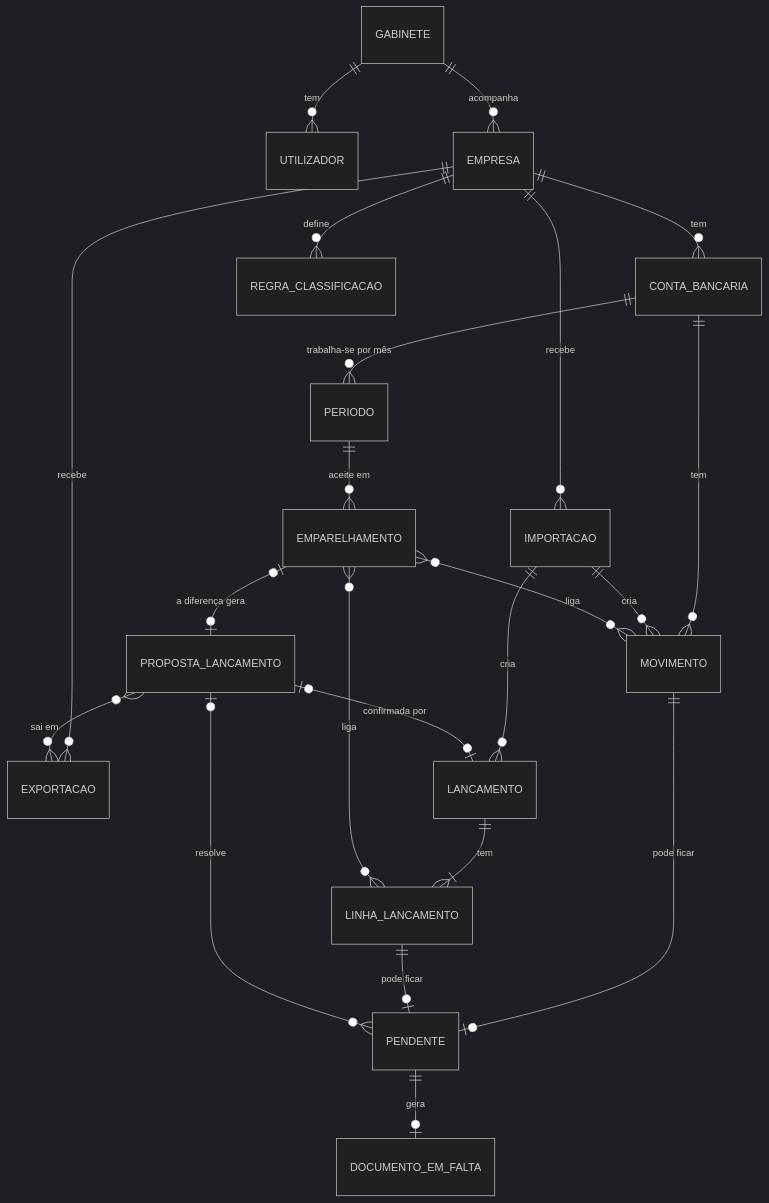
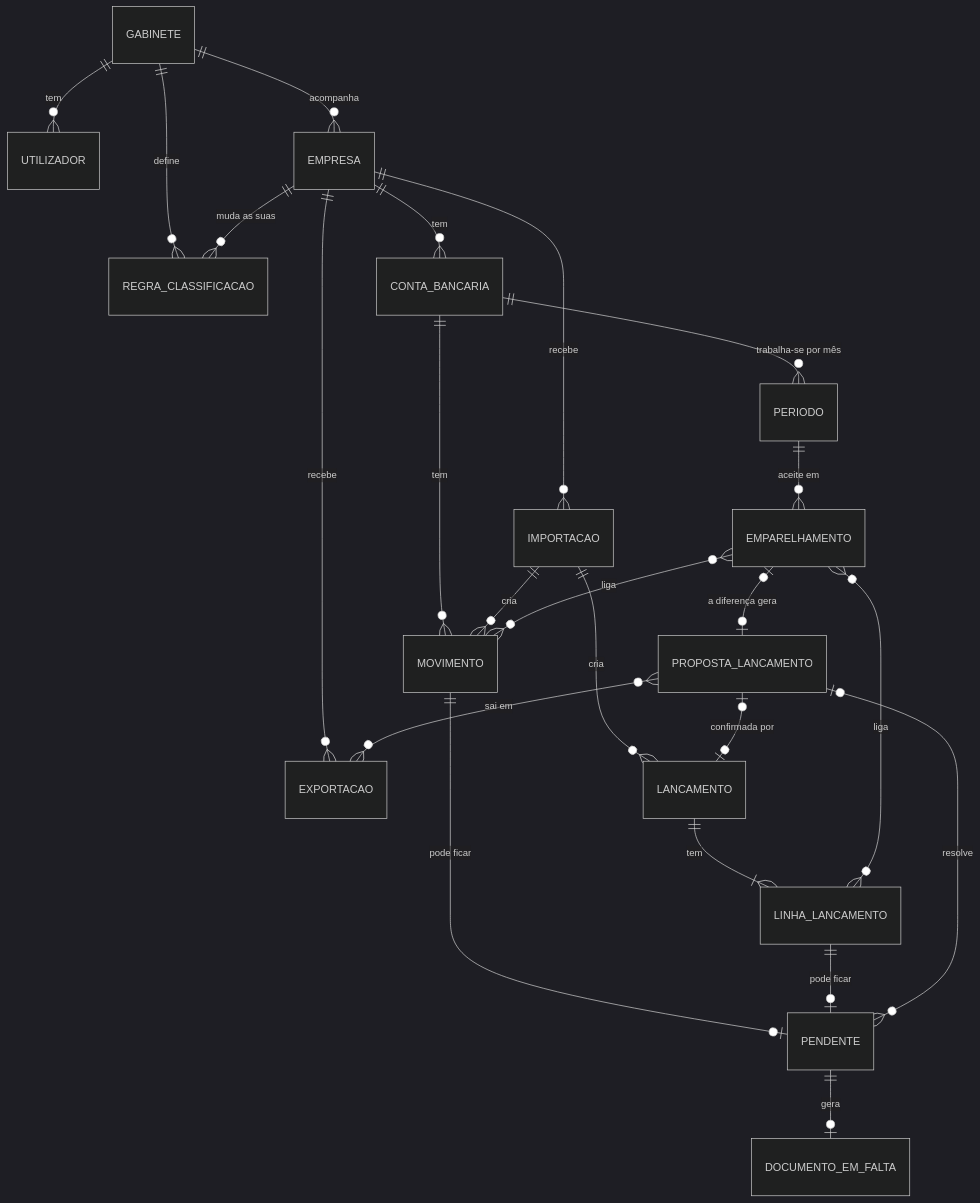
One commit to RafaelFerraz2002/bate-certo changed the second of 2 diagrams in docs/modelo-dominio.md. Above: the diagram before and after it, drawn with Mermaid (dark theme). The commit also changed other lines of this file, not shown here.

First line of the commit message:
docs: modelo de domínio com as decisões da sessão no gabinete

````diff
--- a/docs/modelo-dominio.md
+++ b/docs/modelo-dominio.md
@@ -47,24 +65,25 @@
 ```mermaid
 erDiagram
   GABINETE ||--o{ UTILIZADOR : tem
   GABINETE ||--o{ EMPRESA : acompanha
+  GABINETE ||--o{ REGRA_CLASSIFICACAO : define
   EMPRESA ||--o{ CONTA_BANCARIA : tem
-  EMPRESA ||--o{ REGRA_CLASSIFICACAO : define
+  EMPRESA ||--o{ REGRA_CLASSIFICACAO : "muda as suas"
   EMPRESA ||--o{ IMPORTACAO : recebe
   EMPRESA ||--o{ EXPORTACAO : recebe
   CONTA_BANCARIA ||--o{ PERIODO : "trabalha-se por mês"
   CONTA_BANCARIA ||--o{ MOVIMENTO : tem
   IMPORTACAO ||--o{ MOVIMENTO : cria
   IMPORTACAO ||--o{ LANCAMENTO : cria
   LANCAMENTO ||--|{ LINHA_LANCAMENTO : tem
   PERIODO ||--o{ EMPARELHAMENTO : "aceite em"
   EMPARELHAMENTO }o--o{ MOVIMENTO : liga
   EMPARELHAMENTO }o--o{ LINHA_LANCAMENTO : liga
   EMPARELHAMENTO |o--o| PROPOSTA_LANCAMENTO : "a diferença gera"
   MOVIMENTO ||--o| PENDENTE : "pode ficar"
   LINHA_LANCAMENTO ||--o| PENDENTE : "pode ficar"
   PROPOSTA_LANCAMENTO |o--o{ PENDENTE : resolve
   PENDENTE ||--o| DOCUMENTO_EM_FALTA : gera
   PROPOSTA_LANCAMENTO }o--o{ EXPORTACAO : "sai em"
   PROPOSTA_LANCAMENTO |o--o| LANCAMENTO : "confirmada por"
 ```
````
